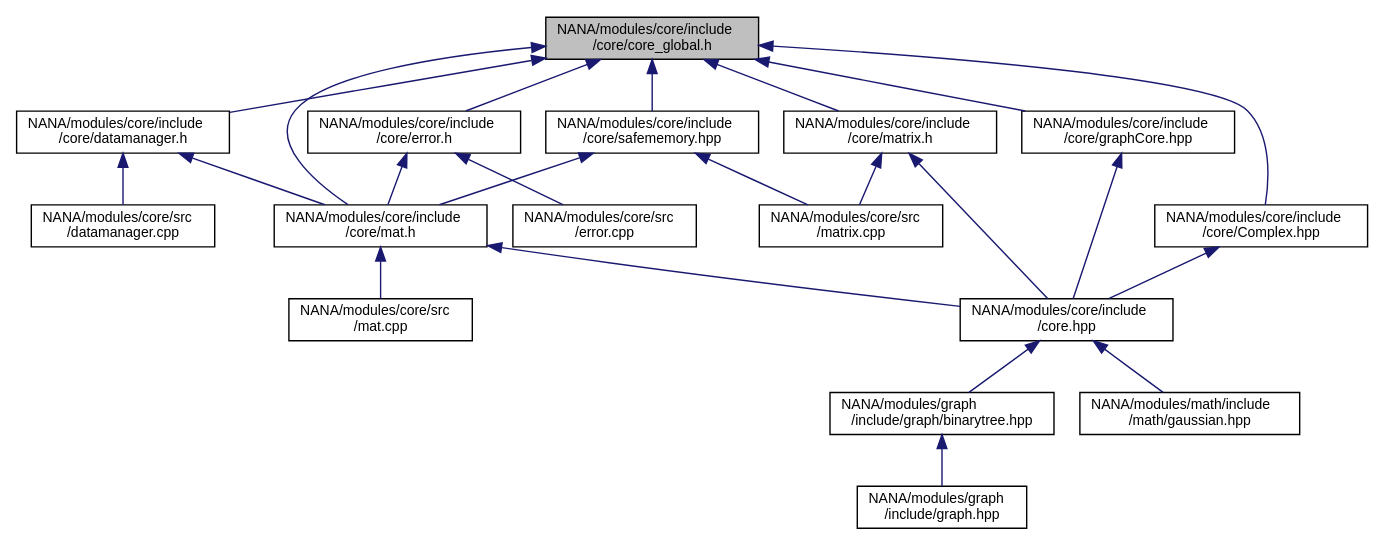
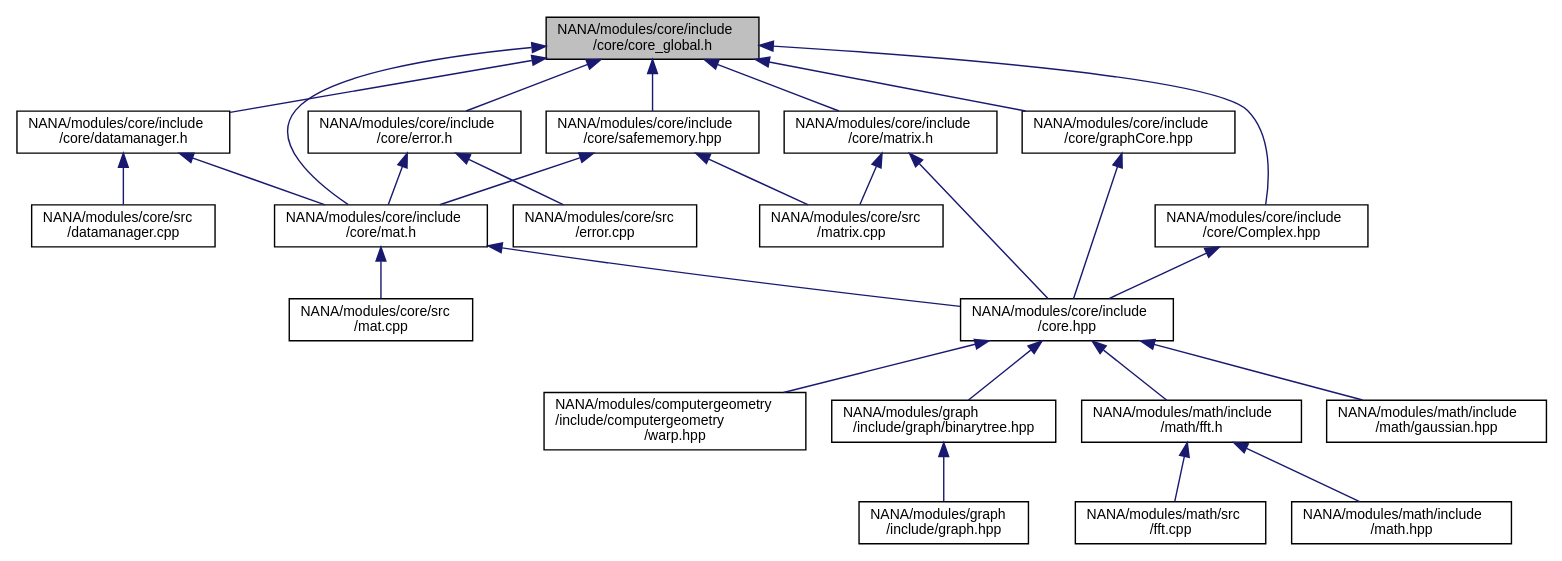
One commit to YuruTu/NANA changed the diagram in docs/core__global_8h__dep__incl.dot. Above: the diagram before and after it, drawn with Graphviz. The commit also changed 194 other files, not shown here.

```diff
--- a/docs/core__global_8h__dep__incl.dot
+++ b/docs/core__global_8h__dep__incl.dot
@@ -1,44 +1,52 @@
 digraph "NANA/modules/core/include/core/core_global.h"
 {
  // LATEX_PDF_SIZE
   edge [fontname="Helvetica",fontsize="10",labelfontname="Helvetica",labelfontsize="10"];
   node [fontname="Helvetica",fontsize="10",shape=record];
   Node1 [label="NANA/modules/core/include\l/core/core_global.h",height=0.2,width=0.4,color="black", fillcolor="grey75", style="filled", fontcolor="black",tooltip="全局头文件"];
   Node1 -> Node2 [dir="back",color="midnightblue",fontsize="10",style="solid",fontname="Helvetica"];
   Node2 [label="NANA/modules/core/include\l/core/Complex.hpp",height=0.2,width=0.4,color="black", fillcolor="white", style="filled",URL="$_complex_8hpp.html",tooltip="实现复数"];
   Node2 -> Node3 [dir="back",color="midnightblue",fontsize="10",style="solid",fontname="Helvetica"];
   Node3 [label="NANA/modules/core/include\l/core.hpp",height=0.2,width=0.4,color="black", fillcolor="white", style="filled",URL="$core_8hpp.html",tooltip="包含基本的数据结构等"];
   Node3 -> Node4 [dir="back",color="midnightblue",fontsize="10",style="solid",fontname="Helvetica"];
-  Node4 [label="NANA/modules/graph\l/include/graph/binarytree.hpp",height=0.2,width=0.4,color="black", fillcolor="white", style="filled",URL="$binarytree_8hpp.html",tooltip="实现二叉树的模板"];
-  Node4 -> Node5 [dir="back",color="midnightblue",fontsize="10",style="solid",fontname="Helvetica"];
-  Node5 [label="NANA/modules/graph\l/include/graph.hpp",height=0.2,width=0.4,color="black", fillcolor="white", style="filled",URL="$graph_8hpp.html",tooltip="实现图论相关算法"];
-  Node3 -> Node6 [dir="back",color="midnightblue",fontsize="10",style="solid",fontname="Helvetica"];
-  Node6 [label="NANA/modules/math/include\l/math/gaussian.hpp",height=0.2,width=0.4,color="black", fillcolor="white", style="filled",URL="$gaussian_8hpp_source.html",tooltip=" "];
-  Node1 -> Node7 [dir="back",color="midnightblue",fontsize="10",style="solid",fontname="Helvetica"];
-  Node7 [label="NANA/modules/core/include\l/core/datamanager.h",height=0.2,width=0.4,color="black", fillcolor="white", style="filled",URL="$datamanager_8h.html",tooltip="实现一个数据管理器"];
+  Node4 [label="NANA/modules/computergeometry\l/include/computergeometry\l/warp.hpp",height=0.2,width=0.4,color="black", fillcolor="white", style="filled",URL="$warp_8hpp.html",tooltip="实现点集的仿射变换和透视变换"];
+  Node3 -> Node5 [dir="back",color="midnightblue",fontsize="10",style="solid",fontname="Helvetica"];
+  Node5 [label="NANA/modules/graph\l/include/graph/binarytree.hpp",height=0.2,width=0.4,color="black", fillcolor="white", style="filled",URL="$binarytree_8hpp.html",tooltip="实现二叉树的模板"];
+  Node5 -> Node6 [dir="back",color="midnightblue",fontsize="10",style="solid",fontname="Helvetica"];
+  Node6 [label="NANA/modules/graph\l/include/graph.hpp",height=0.2,width=0.4,color="black", fillcolor="white", style="filled",URL="$graph_8hpp.html",tooltip="实现图论相关算法"];
+  Node3 -> Node7 [dir="back",color="midnightblue",fontsize="10",style="solid",fontname="Helvetica"];
+  Node7 [label="NANA/modules/math/include\l/math/fft.h",height=0.2,width=0.4,color="black", fillcolor="white", style="filled",URL="$fft_8h_source.html",tooltip=" "];
   Node7 -> Node8 [dir="back",color="midnightblue",fontsize="10",style="solid",fontname="Helvetica"];
-  Node8 [label="NANA/modules/core/include\l/core/mat.h",height=0.2,width=0.4,color="black", fillcolor="white", style="filled",URL="$mat_8h.html",tooltip="实现一个用于矩阵运算的模板类(仍在实现当中)"];
-  Node8 -> Node3 [dir="back",color="midnightblue",fontsize="10",style="solid",fontname="Helvetica"];
-  Node8 -> Node9 [dir="back",color="midnightblue",fontsize="10",style="solid",fontname="Helvetica"];
-  Node9 [label="NANA/modules/core/src\l/mat.cpp",height=0.2,width=0.4,color="black", fillcolor="white", style="filled",URL="$mat_8cpp.html",tooltip="实现Mat的相关功能"];
-  Node7 -> Node10 [dir="back",color="midnightblue",fontsize="10",style="solid",fontname="Helvetica"];
-  Node10 [label="NANA/modules/core/src\l/datamanager.cpp",height=0.2,width=0.4,color="black", fillcolor="white", style="filled",URL="$datamanager_8cpp_source.html",tooltip=" "];
+  Node8 [label="NANA/modules/math/include\l/math.hpp",height=0.2,width=0.4,color="black", fillcolor="white", style="filled",URL="$math_8hpp.html",tooltip="实现基本的数学运算"];
+  Node7 -> Node9 [dir="back",color="midnightblue",fontsize="10",style="solid",fontname="Helvetica"];
+  Node9 [label="NANA/modules/math/src\l/fft.cpp",height=0.2,width=0.4,color="black", fillcolor="white", style="filled",URL="$fft_8cpp_source.html",tooltip=" "];
+  Node3 -> Node10 [dir="back",color="midnightblue",fontsize="10",style="solid",fontname="Helvetica"];
+  Node10 [label="NANA/modules/math/include\l/math/gaussian.hpp",height=0.2,width=0.4,color="black", fillcolor="white", style="filled",URL="$gaussian_8hpp_source.html",tooltip=" "];
   Node1 -> Node11 [dir="back",color="midnightblue",fontsize="10",style="solid",fontname="Helvetica"];
-  Node11 [label="NANA/modules/core/include\l/core/error.h",height=0.2,width=0.4,color="black", fillcolor="white", style="filled",URL="$error_8h.html",tooltip="用于抛出异常"];
-  Node11 -> Node8 [dir="back",color="midnightblue",fontsize="10",style="solid",fontname="Helvetica"];
+  Node11 [label="NANA/modules/core/include\l/core/datamanager.h",height=0.2,width=0.4,color="black", fillcolor="white", style="filled",URL="$datamanager_8h.html",tooltip="实现一个数据管理器"];
   Node11 -> Node12 [dir="back",color="midnightblue",fontsize="10",style="solid",fontname="Helvetica"];
-  Node12 [label="NANA/modules/core/src\l/error.cpp",height=0.2,width=0.4,color="black", fillcolor="white", style="filled",URL="$error_8cpp_source.html",tooltip=" "];
-  Node1 -> Node13 [dir="back",color="midnightblue",fontsize="10",style="solid",fontname="Helvetica"];
-  Node13 [label="NANA/modules/core/include\l/core/graphCore.hpp",height=0.2,width=0.4,color="black", fillcolor="white", style="filled",URL="$graph_core_8hpp.html",tooltip="为图论算法实现的基本数据结构"];
-  Node13 -> Node3 [dir="back",color="midnightblue",fontsize="10",style="solid",fontname="Helvetica"];
-  Node1 -> Node8 [dir="back",color="midnightblue",fontsize="10",style="solid",fontname="Helvetica"];
-  Node1 -> Node14 [dir="back",color="midnightblue",fontsize="10",style="solid",fontname="Helvetica"];
-  Node14 [label="NANA/modules/core/include\l/core/matrix.h",height=0.2,width=0.4,color="black", fillcolor="white", style="filled",URL="$matrix_8h.html",tooltip="简单矩阵类(效率不高，但易于理解，很多时候会触发复制构造函数)，不同于Mat"];
-  Node14 -> Node3 [dir="back",color="midnightblue",fontsize="10",style="solid",fontname="Helvetica"];
-  Node14 -> Node15 [dir="back",color="midnightblue",fontsize="10",style="solid",fontname="Helvetica"];
-  Node15 [label="NANA/modules/core/src\l/matrix.cpp",height=0.2,width=0.4,color="black", fillcolor="white", style="filled",URL="$matrix_8cpp_source.html",tooltip=" "];
-  Node1 -> Node16 [dir="back",color="midnightblue",fontsize="10",style="solid",fontname="Helvetica"];
-  Node16 [label="NANA/modules/core/include\l/core/safememory.hpp",height=0.2,width=0.4,color="black", fillcolor="white", style="filled",URL="$safememory_8hpp.html",tooltip="实现安全的内存管理"];
-  Node16 -> Node8 [dir="back",color="midnightblue",fontsize="10",style="solid",fontname="Helvetica"];
-  Node16 -> Node15 [dir="back",color="midnightblue",fontsize="10",style="solid",fontname="Helvetica"];
+  Node12 [label="NANA/modules/core/include\l/core/mat.h",height=0.2,width=0.4,color="black", fillcolor="white", style="filled",URL="$mat_8h.html",tooltip="实现一个用于矩阵运算的模板类(仍在实现当中)"];
+  Node12 -> Node3 [dir="back",color="midnightblue",fontsize="10",style="solid",fontname="Helvetica"];
+  Node12 -> Node13 [dir="back",color="midnightblue",fontsize="10",style="solid",fontname="Helvetica"];
+  Node13 [label="NANA/modules/core/src\l/mat.cpp",height=0.2,width=0.4,color="black", fillcolor="white", style="filled",URL="$mat_8cpp.html",tooltip="实现Mat的相关功能"];
+  Node11 -> Node14 [dir="back",color="midnightblue",fontsize="10",style="solid",fontname="Helvetica"];
+  Node14 [label="NANA/modules/core/src\l/datamanager.cpp",height=0.2,width=0.4,color="black", fillcolor="white", style="filled",URL="$datamanager_8cpp_source.html",tooltip=" "];
+  Node1 -> Node15 [dir="back",color="midnightblue",fontsize="10",style="solid",fontname="Helvetica"];
+  Node15 [label="NANA/modules/core/include\l/core/error.h",height=0.2,width=0.4,color="black", fillcolor="white", style="filled",URL="$error_8h.html",tooltip="用于抛出异常"];
+  Node15 -> Node12 [dir="back",color="midnightblue",fontsize="10",style="solid",fontname="Helvetica"];
+  Node15 -> Node16 [dir="back",color="midnightblue",fontsize="10",style="solid",fontname="Helvetica"];
+  Node16 [label="NANA/modules/core/src\l/error.cpp",height=0.2,width=0.4,color="black", fillcolor="white", style="filled",URL="$error_8cpp_source.html",tooltip=" "];
+  Node1 -> Node17 [dir="back",color="midnightblue",fontsize="10",style="solid",fontname="Helvetica"];
+  Node17 [label="NANA/modules/core/include\l/core/graphCore.hpp",height=0.2,width=0.4,color="black", fillcolor="white", style="filled",URL="$graph_core_8hpp.html",tooltip="为图论算法实现的基本数据结构"];
+  Node17 -> Node3 [dir="back",color="midnightblue",fontsize="10",style="solid",fontname="Helvetica"];
+  Node1 -> Node12 [dir="back",color="midnightblue",fontsize="10",style="solid",fontname="Helvetica"];
+  Node1 -> Node18 [dir="back",color="midnightblue",fontsize="10",style="solid",fontname="Helvetica"];
+  Node18 [label="NANA/modules/core/include\l/core/matrix.h",height=0.2,width=0.4,color="black", fillcolor="white", style="filled",URL="$matrix_8h.html",tooltip="简单矩阵类(效率不高，但易于理解，很多时候会触发复制构造函数)，不同于Mat"];
+  Node18 -> Node3 [dir="back",color="midnightblue",fontsize="10",style="solid",fontname="Helvetica"];
+  Node18 -> Node19 [dir="back",color="midnightblue",fontsize="10",style="solid",fontname="Helvetica"];
+  Node19 [label="NANA/modules/core/src\l/matrix.cpp",height=0.2,width=0.4,color="black", fillcolor="white", style="filled",URL="$matrix_8cpp_source.html",tooltip=" "];
+  Node1 -> Node20 [dir="back",color="midnightblue",fontsize="10",style="solid",fontname="Helvetica"];
+  Node20 [label="NANA/modules/core/include\l/core/safememory.hpp",height=0.2,width=0.4,color="black", fillcolor="white", style="filled",URL="$safememory_8hpp.html",tooltip="实现安全的内存管理"];
+  Node20 -> Node12 [dir="back",color="midnightblue",fontsize="10",style="solid",fontname="Helvetica"];
+  Node20 -> Node19 [dir="back",color="midnightblue",fontsize="10",style="solid",fontname="Helvetica"];
 }
```
